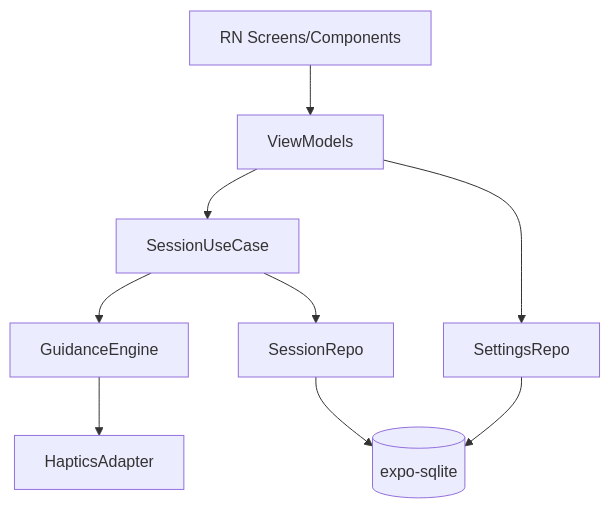
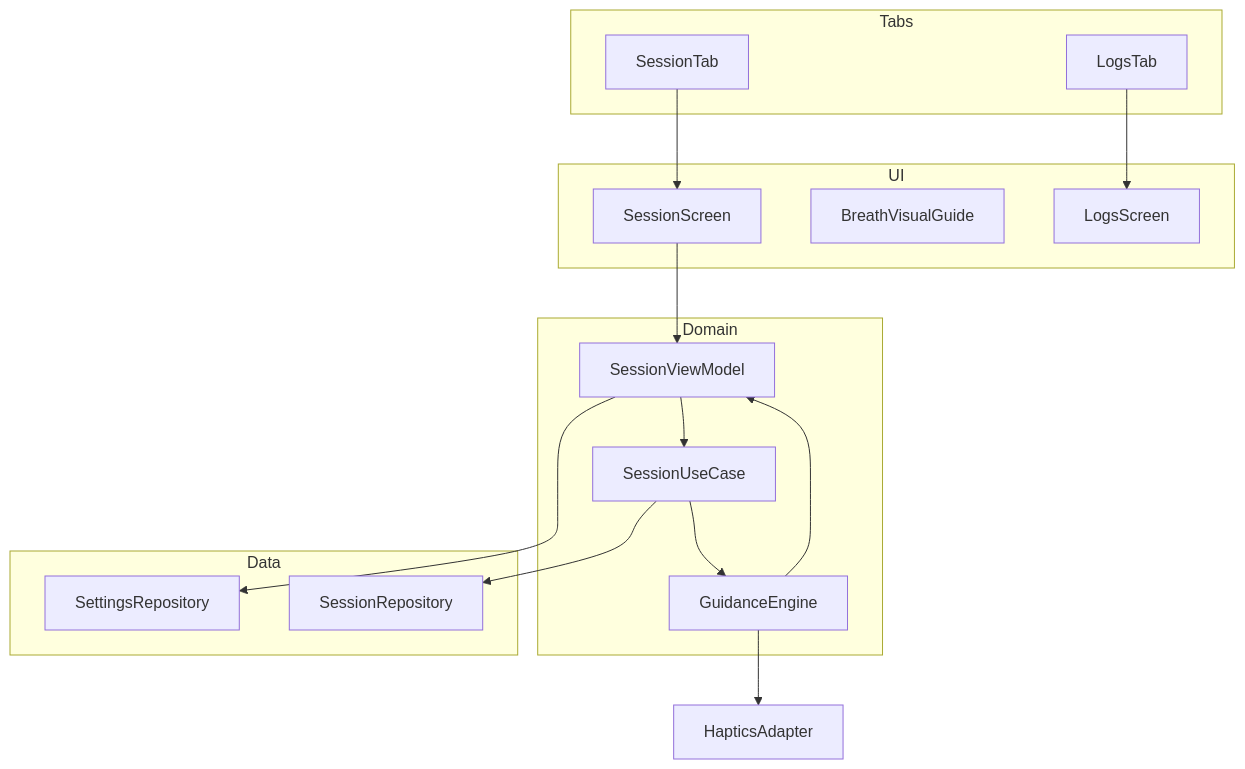
One commit to n4cl/CalmVibe changed the first of 3 diagrams in .kiro/specs/calm-heart-rate-app/design.md. Above: the diagram before and after it, drawn with Mermaid. The commit also changed other lines of this file and 3 other files, not shown here.

````diff
--- a/.kiro/specs/calm-heart-rate-app/design.md
+++ b/.kiro/specs/calm-heart-rate-app/design.md
@@ -21,11 +31,32 @@
 ```mermaid
 graph TB
-  UI[RN Screens/Components] --> VM[ViewModels]
-  VM --> UC[SessionUseCase]
+  subgraph Tabs
+    SessionTab[SessionTab]
+    LogsTab[LogsTab]
+  end
+  subgraph UI
+    Screen[SessionScreen]
+    Visual[BreathVisualGuide]
+    LogsScreen[LogsScreen]
+  end
+  subgraph Domain
+    VM[SessionViewModel]
+    UC[SessionUseCase]
+    GE[GuidanceEngine]
+  end
+  subgraph Data
+    SettingsRepo[SettingsRepository]
+    SessionRepo[SessionRepository]
+  end
+  Haptics[HapticsAdapter]
+
+  SessionTab --> Screen
+  LogsTab --> LogsScreen
+  Screen --> VM
+  VM --> UC
   VM --> SettingsRepo
-  UC --> GE[GuidanceEngine]
+  UC --> GE
   UC --> SessionRepo
-  GE --> HapticsAdapter
-  SettingsRepo --> SQLite[(expo-sqlite)]
-  SessionRepo --> SQLite
+  GE --> Haptics
+  GE --> VM
 ```
````
